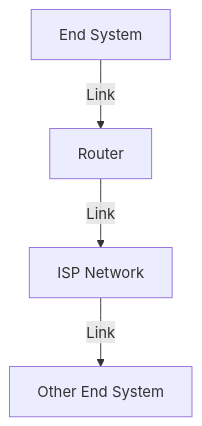
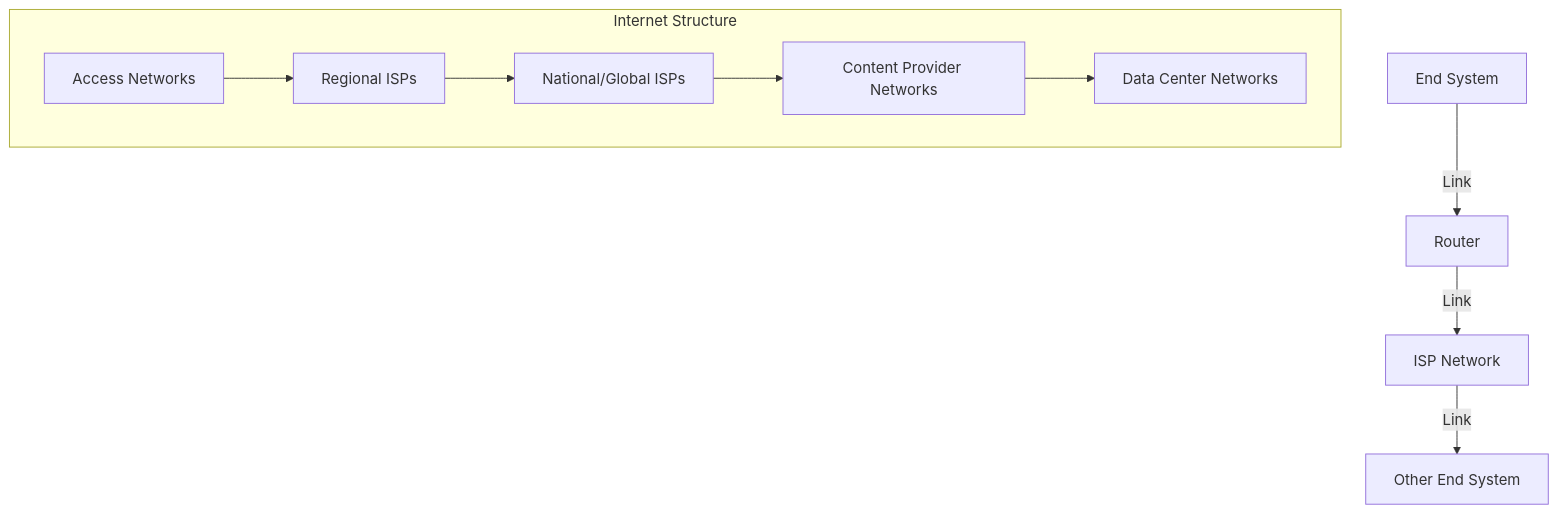
Before and after one commit to Attash2312/cntheory: the first of 3 diagrams in ch1/1.1_What_Is_the_Internet.md, drawn with Mermaid. The commit also changed other lines of this file and 79 other files, not shown here.

````diff
--- a/ch1/1.1_What_Is_the_Internet.md
+++ b/ch1/1.1_What_Is_the_Internet.md
@@ -28,6 +89,13 @@
 ```mermaid
 graph TD
   A[End System] -- Link --> B[Router]
   B -- Link --> C[ISP Network]
   C -- Link --> D[Other End System]
+  
+  subgraph "Internet Structure"
+    E[Access Networks] --> F[Regional ISPs]
+    F --> G[National/Global ISPs]
+    G --> H[Content Provider Networks]
+    H --> I[Data Center Networks]
+  end
 ```
````
